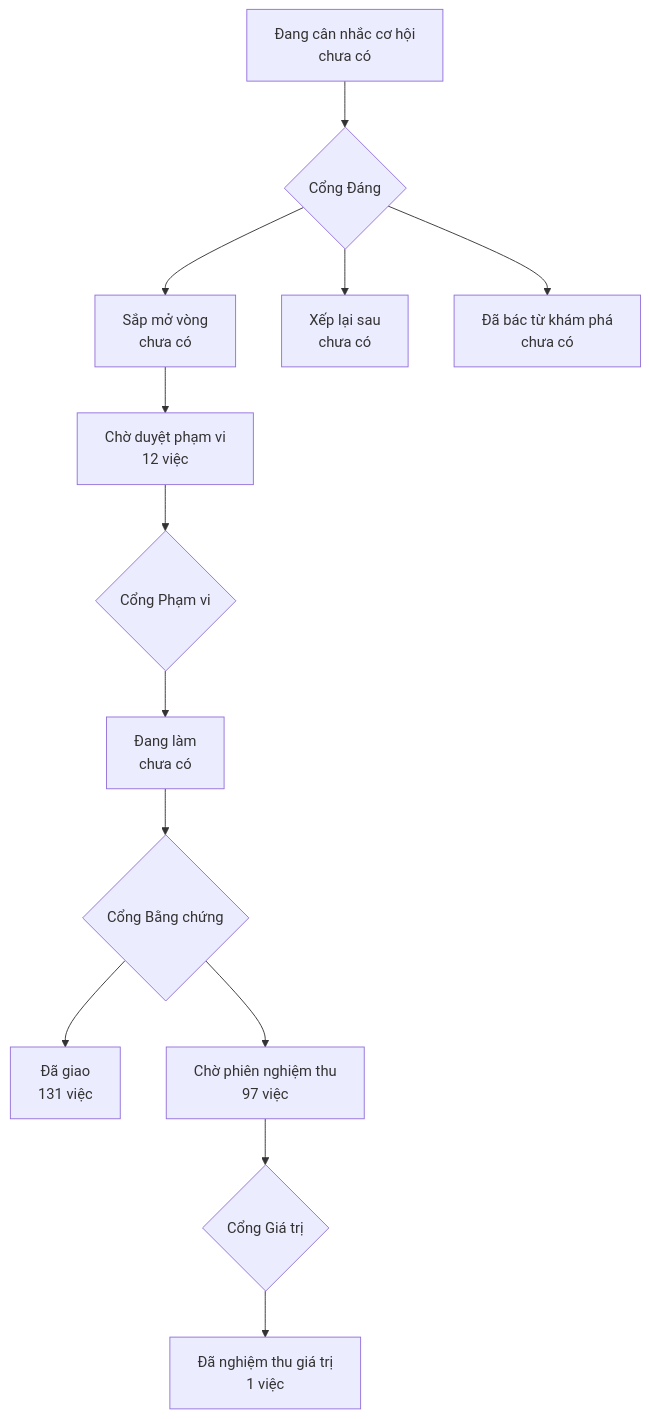
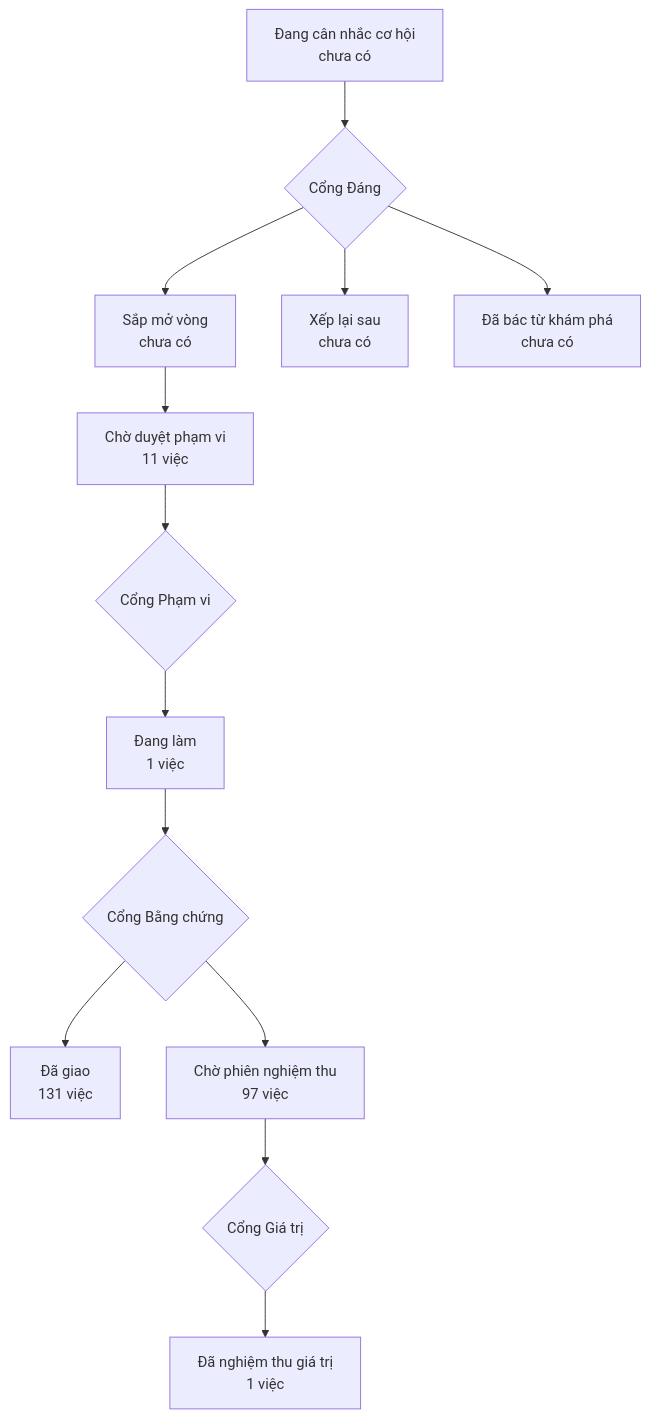
One commit to phanlemanh/onehub-invest changed the diagram in PRODUCT-MAP.md. Above: the diagram before and after it, drawn with Mermaid. The commit also changed other lines of this file and 2 other files, not shown here.

Commit message:
docs(acceptance): Cổng Phạm vi trang-chi-tiet-tin — Mạnh duyệt theo năm khuyến nghị
Hỏi-1 noindex, Hỏi-2 toàn thân thẻ, Hỏi-3 /listing/<offer_id>, Hỏi-4 không đợi ảnh và bản đồ, Hỏi-5 dời so giá phường.
Bỏ tag cross-layer của AC-1: bấm thẻ không qua máy chủ, E1u đo bấm thật.

````diff
--- a/PRODUCT-MAP.md
+++ b/PRODUCT-MAP.md
@@ -7,12 +7,12 @@
 ```mermaid
 flowchart TD
   A["Đang cân nhắc cơ hội<br/>chưa có"] --> GD{"Cổng Đáng"}
   GD --> B["Sắp mở vòng<br/>chưa có"]
   GD --> XL["Xếp lại sau<br/>chưa có"]
   GD --> DB["Đã bác từ khám phá<br/>chưa có"]
-  B --> CD["Chờ duyệt phạm vi<br/>12 việc"] --> GP{"Cổng Phạm vi"}
-  GP --> DL["Đang làm<br/>chưa có"] --> GB{"Cổng Bằng chứng"}
+  B --> CD["Chờ duyệt phạm vi<br/>11 việc"] --> GP{"Cổng Phạm vi"}
+  GP --> DL["Đang làm<br/>1 việc"] --> GB{"Cổng Bằng chứng"}
   GB --> DG["Đã giao<br/>131 việc"]
   GB --> CN["Chờ phiên nghiệm thu<br/>97 việc"] --> GG{"Cổng Giá trị"}
   GG --> NT["Đã nghiệm thu giá trị<br/>1 việc"]
 ```
````
